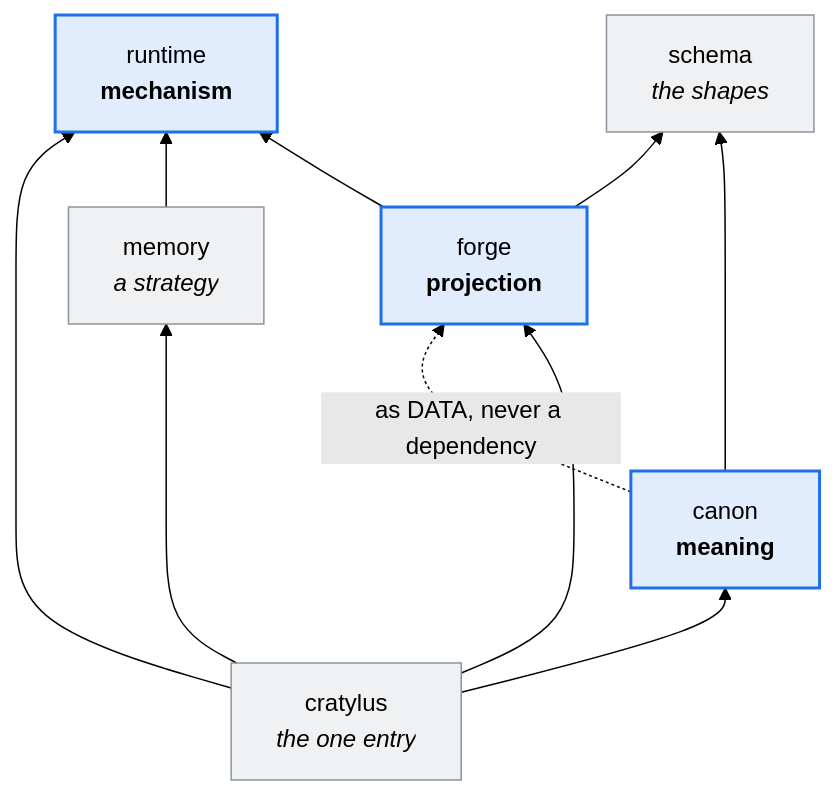
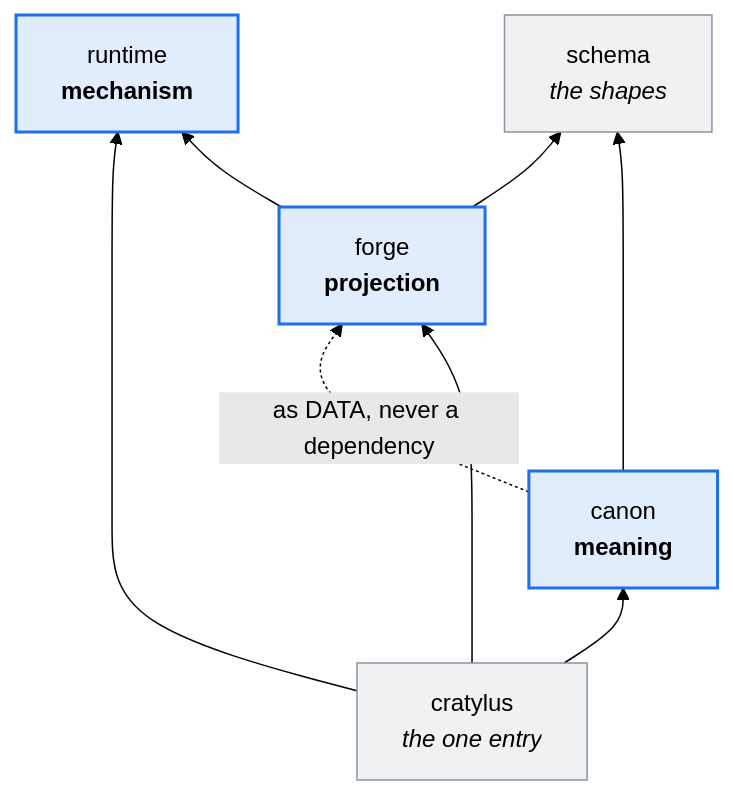
The diagram in ARCHITECTURE.md (leclabs/cratylus), drawn with Mermaid (forest theme) before and after one commit. The commit also changed other lines of this file and 4 other files, not shown here.

````diff
--- a/ARCHITECTURE.md
+++ b/ARCHITECTURE.md
@@ -159,25 +156,22 @@
 ```mermaid
 graph BT
     schema["schema<br/><i>the shapes</i>"]
     canon["canon<br/><b>meaning</b>"]
     runtime["runtime<br/><b>mechanism</b>"]
     forge["forge<br/><b>projection</b>"]
-    memory["memory<br/><i>a strategy</i>"]
     cli["cratylus<br/><i>the one entry</i>"]
 
     canon --> schema
     forge --> schema
     forge --> runtime
-    memory --> runtime
     cli --> runtime
-    cli --> memory
     cli --> forge
     cli --> canon
 
     canon -. "as DATA, never a dependency" .-> forge
 
     classDef concern fill:#1f6feb22,stroke:#1f6feb,stroke-width:2px
     classDef support fill:#8b949e22,stroke:#8b949e
     class canon,runtime,forge concern
-    class schema,memory,cli support
+    class schema,cli support
 ```
````
